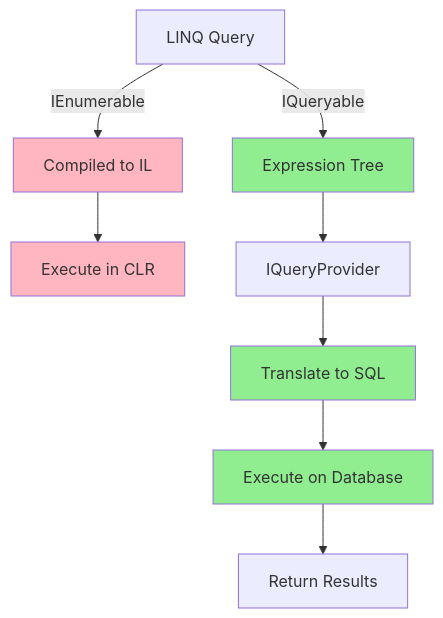
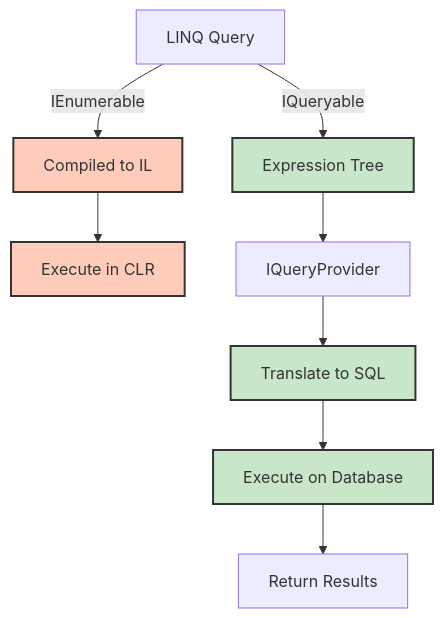
One commit to NguyenPhamCode4You/ai-home-lab-docker-compose changed the sixth of 9 diagrams in C# fundamentals/day04-linq-patterns.md. Above: the diagram before and after it, drawn with Mermaid. The commit also changed other lines of this file and 10 other files, not shown here.

````diff
--- a/C# fundamentals/day04-linq-patterns.md
+++ b/C# fundamentals/day04-linq-patterns.md
@@ -470,17 +470,17 @@
 ```mermaid
 graph TD
     A[LINQ Query] -->|IEnumerable| B[Compiled to IL]
     B --> C[Execute in CLR]
 
     A -->|IQueryable| D[Expression Tree]
     D --> E[IQueryProvider]
     E --> F[Translate to SQL]
     F --> G[Execute on Database]
     G --> H[Return Results]
 
-    style B fill:#FFB6C1
-    style C fill:#FFB6C1
-    style D fill:#90EE90
-    style F fill:#90EE90
-    style G fill:#90EE90
+    style B fill:#ffccbc,stroke:#333,stroke-width:2px
+    style C fill:#ffccbc,stroke:#333,stroke-width:2px
+    style D fill:#c8e6c9,stroke:#333,stroke-width:2px
+    style F fill:#c8e6c9,stroke:#333,stroke-width:2px
+    style G fill:#c8e6c9,stroke:#333,stroke-width:2px
 ```
````
